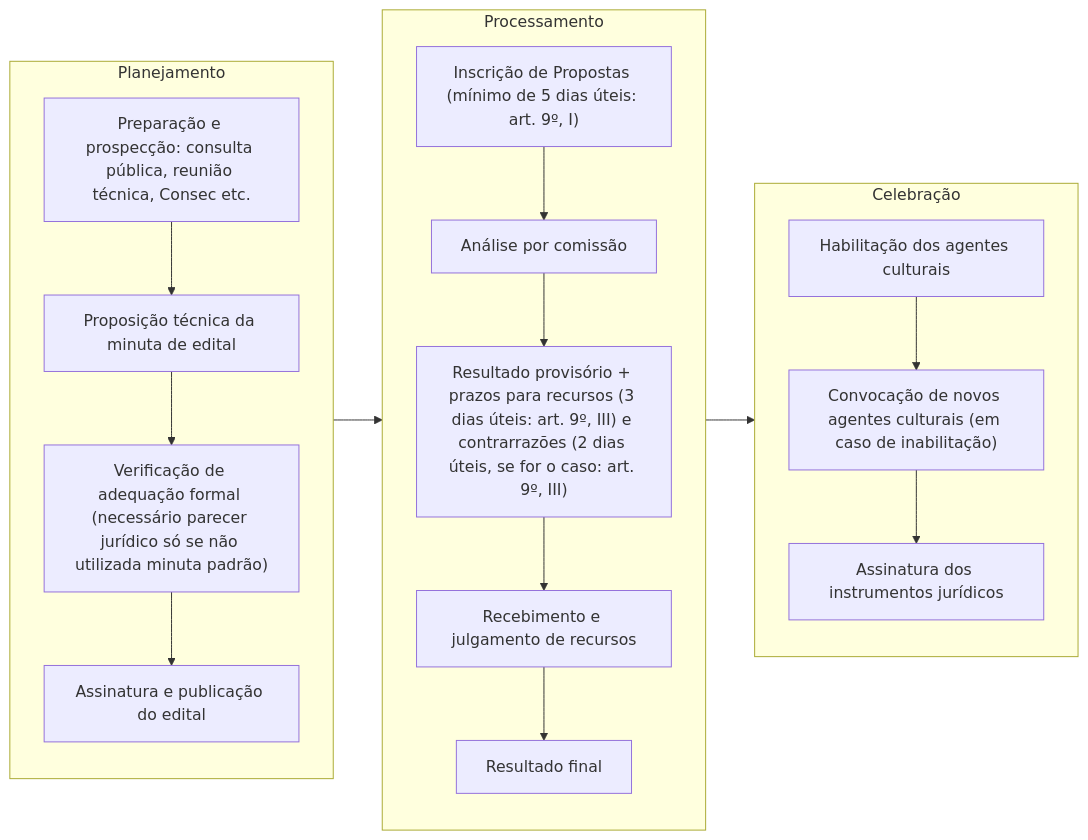
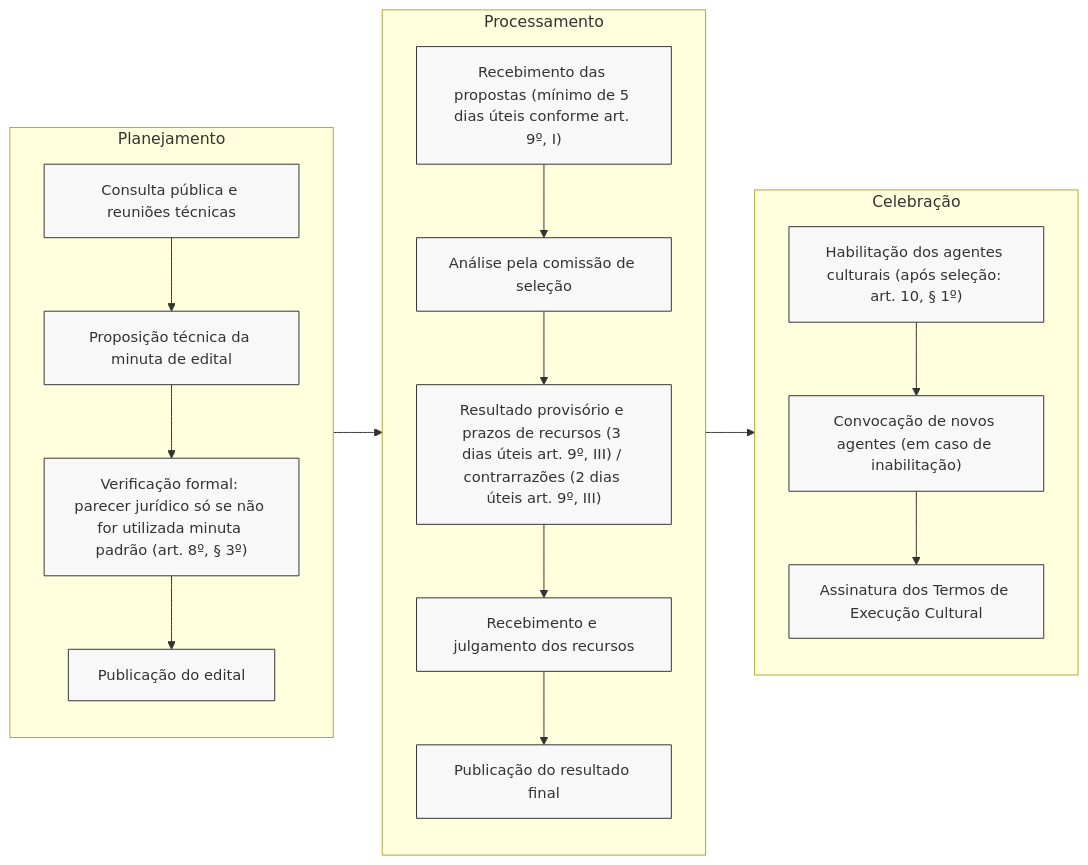
The first of 3 diagrams in docs/parcerias/marco-do-fomento/termo-de-execucao-cultural.md (iepha-mg/manual.appi), drawn with Mermaid before and after one commit. The commit also changed other lines of this file and 4 other files, not shown here.

````diff
--- a/docs/parcerias/marco-do-fomento/termo-de-execucao-cultural.md
+++ b/docs/parcerias/marco-do-fomento/termo-de-execucao-cultural.md
@@ -54,20 +99,32 @@
-<div class="mermaid">
-flowchart LR
-    subgraph Planejamento
-        A1["Preparação e prospecção: consulta pública, reunião técnica, Consec etc."] --> A2["Proposição técnica da minuta de edital"]
-        A2 --> A3["Verificação de adequação formal (necessário parecer jurídico só se não utilizada minuta padrão)"]
-        A3 --> A4["Assinatura e publicação do edital"]
-    end
-    subgraph Processamento
-        B1["Inscrição de Propostas (mínimo de 5 dias úteis: art. 9º, I)"] --> B2["Análise por comissão"]
-        B2 --> B3["Resultado provisório + prazos para recursos (3 dias úteis: art. 9º, III) e contrarrazões (2 dias úteis, se for o caso: art. 9º, III)"]
-        B3 --> B4["Recebimento e julgamento de recursos"]
-        B4 --> B5["Resultado final"]
-    end
-    subgraph Celebração
-        C1["Habilitação dos agentes culturais"] --> C2["Convocação de novos agentes culturais (em caso de inabilitação)"]
-        C2 --> C3["Assinatura dos instrumentos jurídicos"]
-    end
-    Planejamento --> Processamento
-    Processamento --> Celebração
-</div>
+    ```mermaid
+        %%{init: { 'flowchart': { 'htmlLabels': true }, 'maxTextSize': 90000 }}%%
+            flowchart LR
+                subgraph Planejamento
+                    A1["Consulta pública e reuniões técnicas"]
+                    A2["Proposição técnica da minuta de edital"]
+                    A3["Verificação formal: parecer jurídico só se não for utilizada minuta padrão (art. 8º, § 3º)"]
+                    A4["Publicação do edital"]
+
+                    A1 --> A2 --> A3 --> A4
+                end
+                subgraph Processamento
+                    B1["Recebimento das propostas (mínimo de 5 dias úteis conforme art. 9º, I)"]
+                    B2["Análise pela comissão de seleção"]
+                    B3["Resultado provisório e prazos de recursos (3 dias úteis art. 9º, III) / contrarrazões (2 dias úteis art. 9º, III)"]
+                    B4["Recebimento e julgamento dos recursos"]
+                    B5["Publicação do resultado final"]
+
+                    B1 --> B2 --> B3 --> B4 --> B5
+                end
+                subgraph Celebração
+                    C1["Habilitação dos agentes culturais (após seleção: art. 10, § 1º)"]
+                    C2["Convocação de novos agentes (em caso de inabilitação)"]
+                    C3["Assinatura dos Termos de Execução Cultural"]
+
+                    C1 --> C2 --> C3
+                end
+                Planejamento --> Processamento --> Celebração
+
+        classDef default stroke:#333,stroke-width:1px,fill:#f8f8f8,rx:0,ry:6,font-size:15px;
+
+    ```
````
